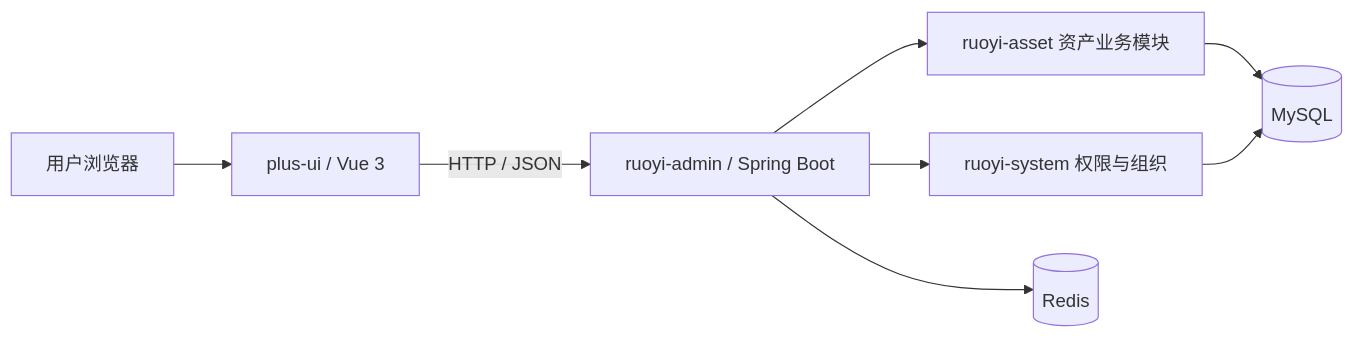
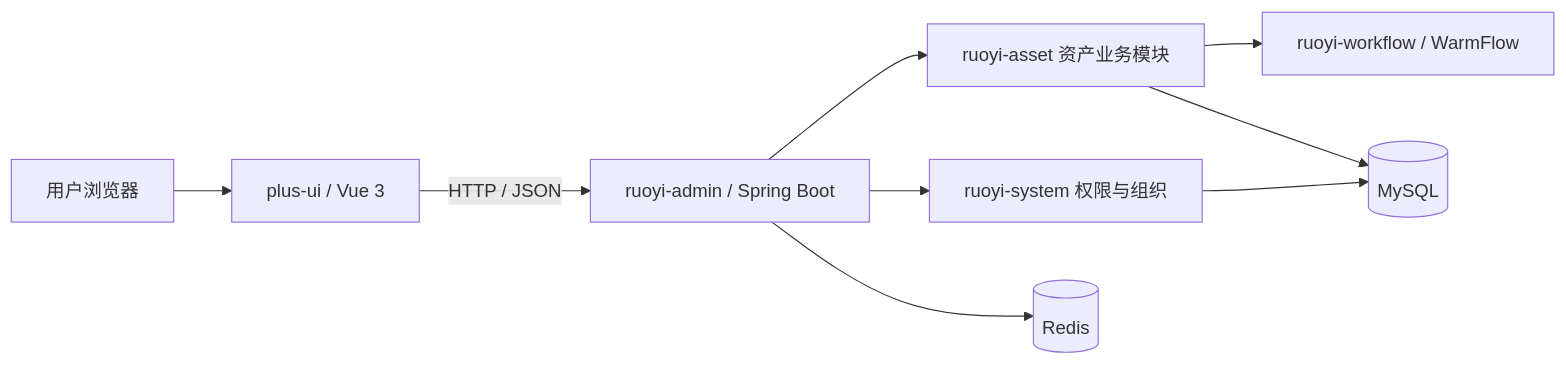
Before and after one commit to S7c7/enterprise-asset-lifecycle-platform: the first of 2 diagrams in docs/03-system-architecture.md, drawn with Mermaid. The commit also changed other lines of this file and 18 other files, not shown here.

````diff
--- a/docs/03-system-architecture.md
+++ b/docs/03-system-architecture.md
@@ -5,10 +5,11 @@
 ```mermaid
 flowchart LR
     U[用户浏览器] --> V[plus-ui / Vue 3]
     V -->|HTTP / JSON| A[ruoyi-admin / Spring Boot]
     A --> S[ruoyi-asset 资产业务模块]
+    S --> W[ruoyi-workflow / WarmFlow]
     A --> R[ruoyi-system 权限与组织]
     S --> M[(MySQL)]
     A --> C[(Redis)]
     R --> M
 ```
````
